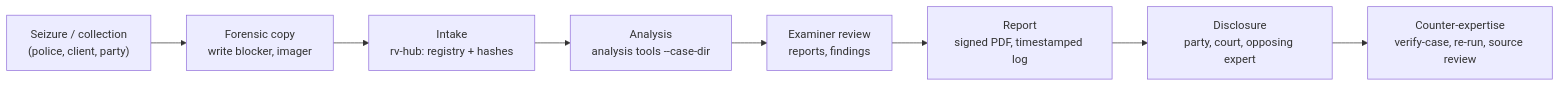
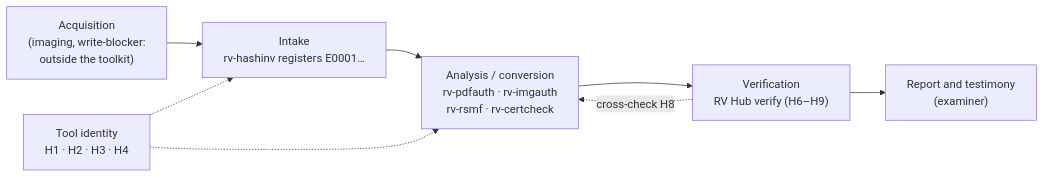
The diagram in docs/admissibility.md (Panacota96/rv-hub), drawn with Mermaid before and after one commit. The commit also changed other lines of this file and 6 other files, not shown here.

First line of the commit message:
docs: README, theory, admissibility and reports for the hub; screenshots with the released tool versions

````diff
--- a/docs/admissibility.md
+++ b/docs/admissibility.md
@@ -93,10 +83,10 @@
 ```mermaid
 flowchart LR
-    A["Seizure / collection<br/>(police, client, party)"] --> B["Forensic copy<br/>write blocker, imager"]
-    B --> C["Intake<br/>rv-hub: registry + hashes"]
-    C --> D["Analysis<br/>analysis tools --case-dir"]
-    D --> E["Examiner review<br/>reports, findings"]
-    E --> F["Report<br/>signed PDF, timestamped log"]
-    F --> G["Disclosure<br/>party, court, opposing expert"]
-    G --> H["Counter-expertise<br/>verify-case, re-run, source review"]
+    A["Acquisition<br/>(imaging, write-blocker:<br/>outside the toolkit)"] --> B["Intake<br/>rv-hashinv registers E0001…"]
+    B --> C["Analysis / conversion<br/>rv-pdfauth · rv-imgauth<br/>rv-rsmf · rv-certcheck"]
+    C --> D["Verification<br/>RV Hub verify (H6–H9)"]
+    D --> E["Report and testimony<br/>(examiner)"]
+    T["Tool identity<br/>H1 · H2 · H3 · H4"] -.-> B
+    T -.-> C
+    D -. "cross-check H8" .-> C
 ```
````
